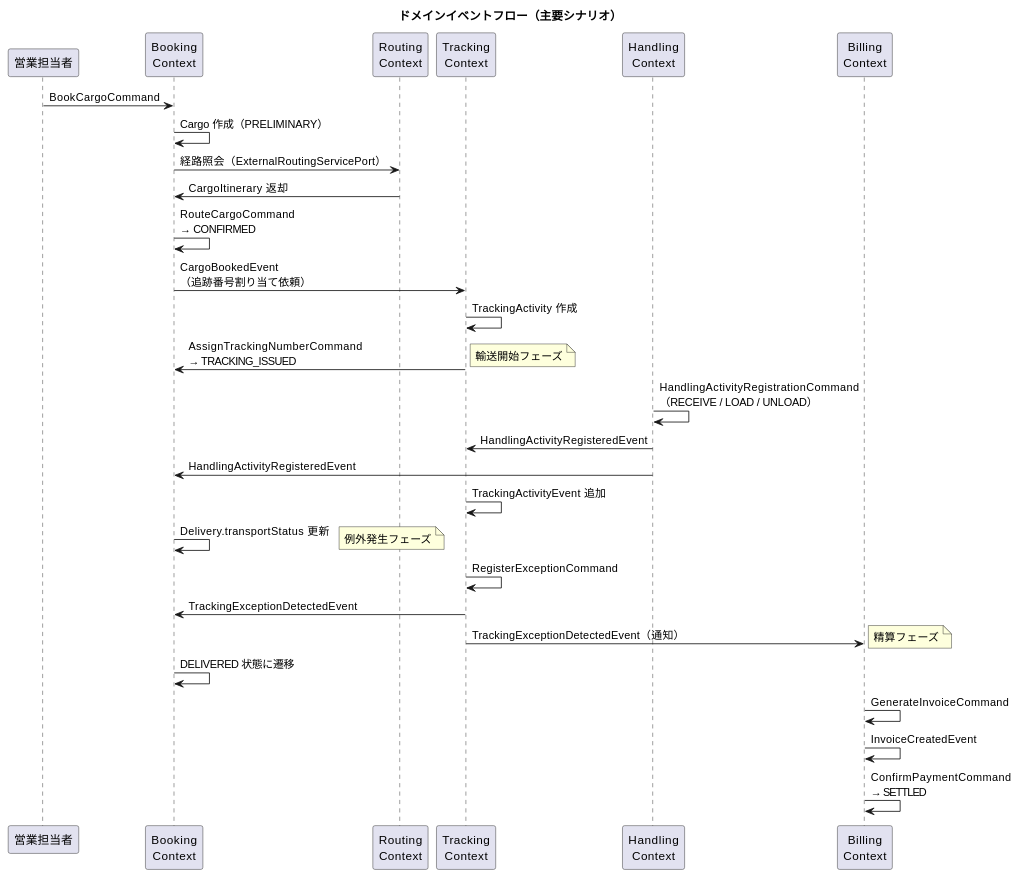
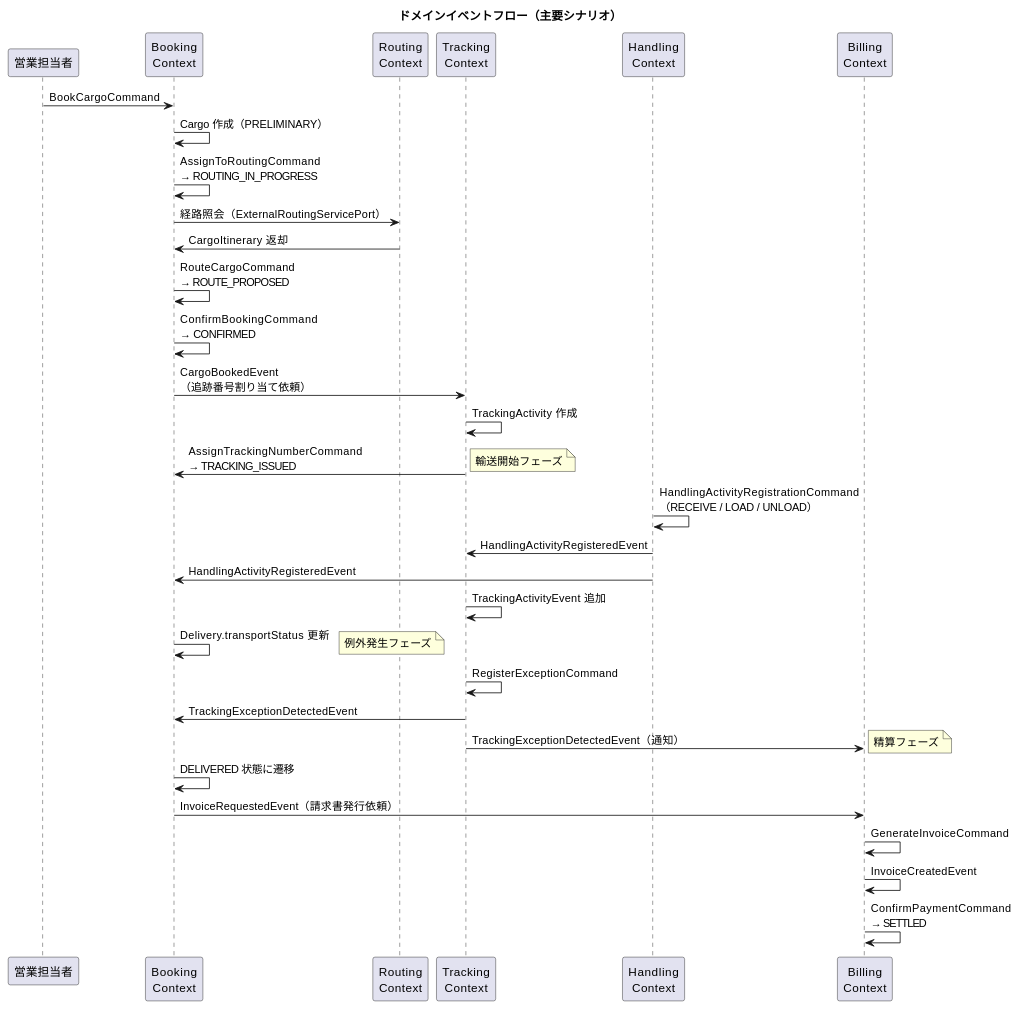
One commit to k2works/case-study-cargo-tracker changed diagram 11 of 11 in docs/design/domain-model.md. Above: the diagram before and after it, drawn with PlantUML. The commit also changed other lines of this file and 8 other files, not shown here.

````diff
--- a/docs/design/domain-model.md
+++ b/docs/design/domain-model.md
@@ -1134,43 +1136,46 @@
 ```plantuml
 @startuml
 title ドメインイベントフロー（主要シナリオ）
 
 participant "営業担当者" as sales
 participant "Booking\nContext" as booking
 participant "Routing\nContext" as routing
 participant "Tracking\nContext" as tracking
 participant "Handling\nContext" as handling
 participant "Billing\nContext" as billing
 
 sales -> booking : BookCargoCommand
 booking -> booking : Cargo 作成（PRELIMINARY）
+booking -> booking : AssignToRoutingCommand\n→ ROUTING_IN_PROGRESS
 booking -> routing : 経路照会（ExternalRoutingServicePort）
 routing -> booking : CargoItinerary 返却
-booking -> booking : RouteCargoCommand\n→ CONFIRMED
+booking -> booking : RouteCargoCommand\n→ ROUTE_PROPOSED
+booking -> booking : ConfirmBookingCommand\n→ CONFIRMED
 booking -> tracking : CargoBookedEvent\n（追跡番号割り当て依頼）
 tracking -> tracking : TrackingActivity 作成
 tracking -> booking : AssignTrackingNumberCommand\n→ TRACKING_ISSUED
 
 note right : 輸送開始フェーズ
 
 handling -> handling : HandlingActivityRegistrationCommand\n（RECEIVE / LOAD / UNLOAD）
 handling -> tracking : HandlingActivityRegisteredEvent
 handling -> booking : HandlingActivityRegisteredEvent
 tracking -> tracking : TrackingActivityEvent 追加
 booking -> booking : Delivery.transportStatus 更新
 
 note right : 例外発生フェーズ
 
 tracking -> tracking : RegisterExceptionCommand
 tracking -> booking : TrackingExceptionDetectedEvent
 tracking -> billing : TrackingExceptionDetectedEvent（通知）
 
 note right : 精算フェーズ
 
 booking -> booking : DELIVERED 状態に遷移
+booking -> billing : InvoiceRequestedEvent（請求書発行依頼）
 billing -> billing : GenerateInvoiceCommand
 billing -> billing : InvoiceCreatedEvent
 billing -> billing : ConfirmPaymentCommand\n→ SETTLED
 
 @enduml
 ```
````
